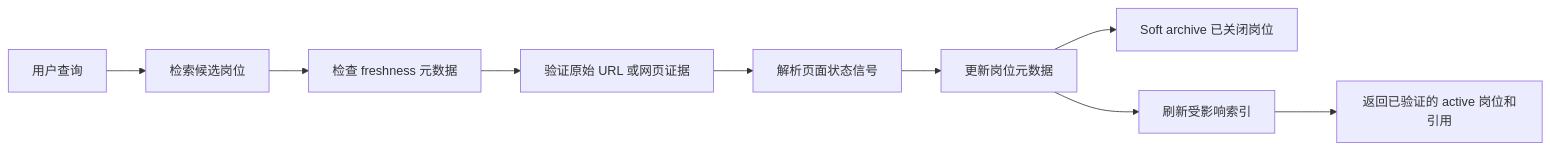
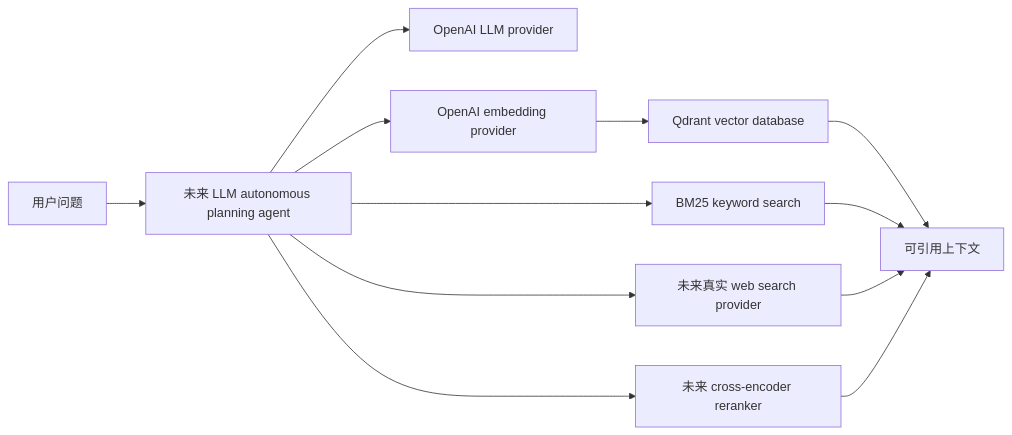
The diagram in README.md (Guanghao-Li/KairoRAG), drawn with Mermaid before and after one commit. The commit also changed other lines of this file and 37 other files, not shown here.

````diff
--- a/README.md
+++ b/README.md
@@ -66,11 +9,14 @@
 ```mermaid
 flowchart LR
-  Q[用户查询] --> R[检索候选岗位]
-  R --> F[检查 freshness 元数据]
-  F --> V[验证原始 URL 或网页证据]
-  V --> P[解析页面状态信号]
-  P --> U[更新岗位元数据]
-  U --> A[Soft archive 已关闭岗位]
-  U --> I[刷新受影响索引]
-  I --> O[返回已验证的 active 岗位和引用]
+  Q[用户问题] --> A[未来 LLM autonomous planning agent]
+  A --> L[OpenAI LLM provider]
+  A --> E[OpenAI embedding provider]
+  E --> V[Qdrant vector database]
+  A --> K[BM25 keyword search]
+  A --> W[未来真实 web search provider]
+  A --> R[未来 cross-encoder reranker]
+  V --> C[可引用上下文]
+  K --> C
+  W --> C
+  R --> C
 ```
````
